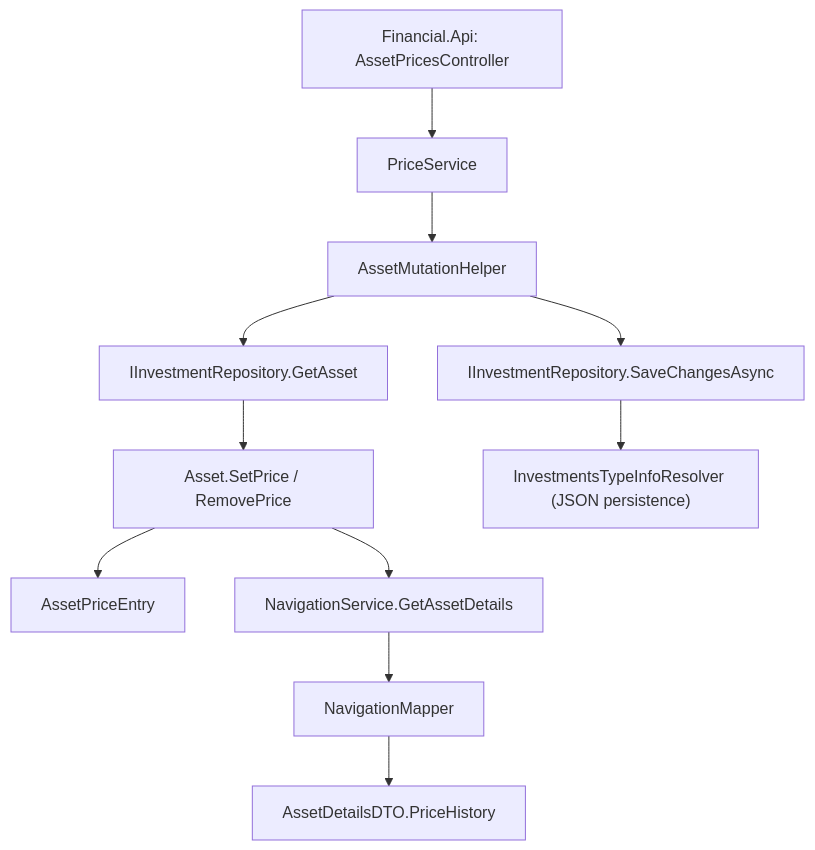
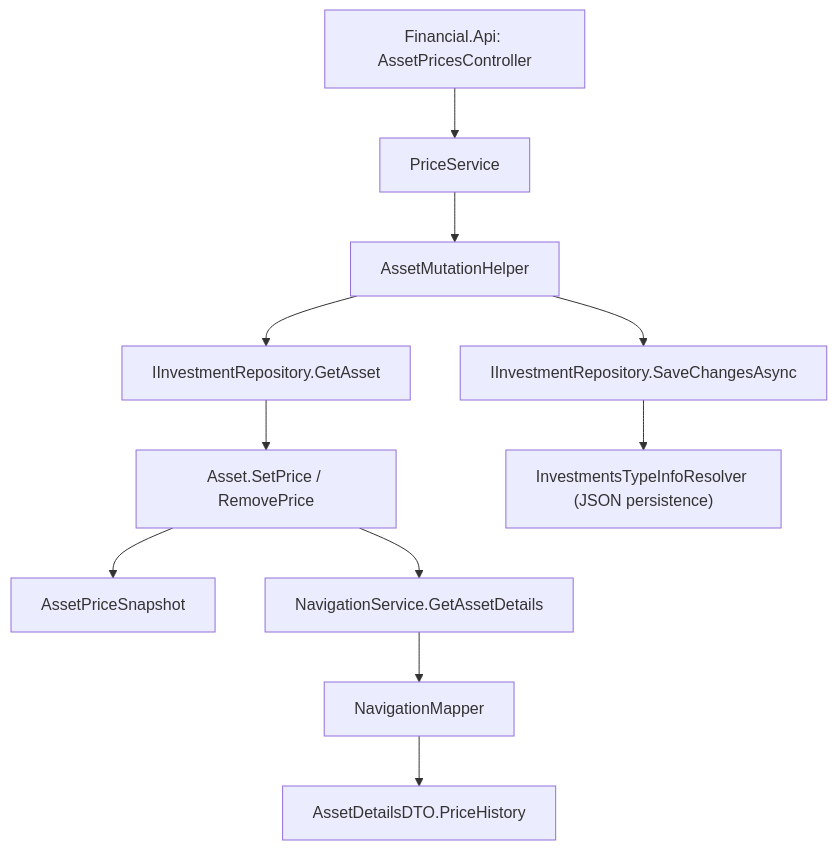
One commit to ggibellato/Financial changed the diagram in docs/prd/P32-prd-investment-price-history/features/P32-F01-price-history-recording/spec.md. Above: the diagram before and after it, drawn with Mermaid. The commit also changed other lines of this file and 4 other files, not shown here.

First line of the commit message:
refactor(investment): apply AssetPriceSnapshot rename to file contents

````diff
--- a/docs/prd/P32-prd-investment-price-history/features/P32-F01-price-history-recording/spec.md
+++ b/docs/prd/P32-prd-investment-price-history/features/P32-F01-price-history-recording/spec.md
@@ -24,13 +24,13 @@
 ```mermaid
 graph TD
   A["Financial.Api: AssetPricesController"] --> B["PriceService"]
   B --> C["AssetMutationHelper"]
   C --> D["IInvestmentRepository.GetAsset"]
   D --> E["Asset.SetPrice / RemovePrice"]
-  E --> F["AssetPriceEntry"]
+  E --> F["AssetPriceSnapshot"]
   C --> G["IInvestmentRepository.SaveChangesAsync"]
   G --> H["InvestmentsTypeInfoResolver (JSON persistence)"]
   I["NavigationService.GetAssetDetails"] --> J["NavigationMapper"]
   J --> K["AssetDetailsDTO.PriceHistory"]
   E --> I
 ```
````
